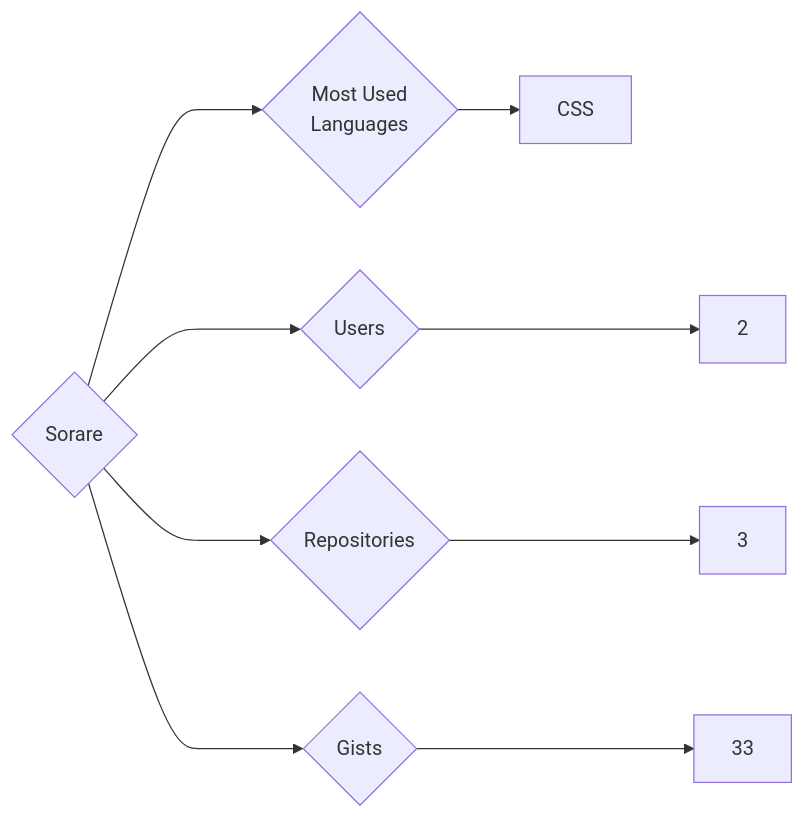
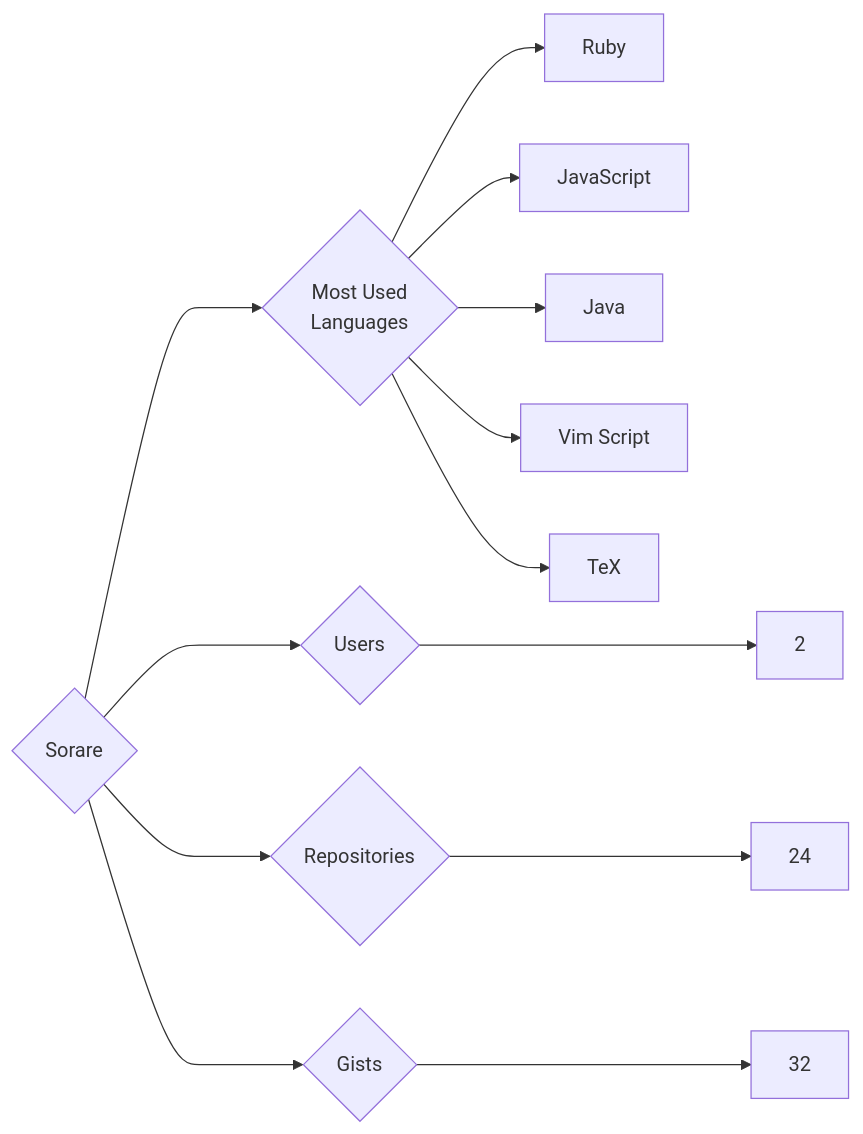
One commit to trickest/insiders changed the diagram in targets/Sorare/README.md. Above: the diagram before and after it, drawn with Mermaid. The commit also changed 796 other files, not shown here.

````diff
--- a/targets/Sorare/README.md
+++ b/targets/Sorare/README.md
@@ -3,9 +3,13 @@
 ```mermaid
 graph LR
 COMPANY_NAME{Sorare}
 COMPANY_NAME ---> U{Users} ---> UN[2]
-COMPANY_NAME ---> R{Repositories} ---> RN[3]
-COMPANY_NAME ---> G{Gists} ---> GN[33]
+COMPANY_NAME ---> R{Repositories} ---> RN[24]
+COMPANY_NAME ---> G{Gists} ---> GN[32]
 COMPANY_NAME ---> ML{Most Used<br>Languages}
-ML --> CSS[CSS]
+ML --> Ruby[Ruby]
+ML --> JavaScript[JavaScript]
+ML --> Java[Java]
+ML --> Vim_Script[Vim Script]
+ML --> TeX[TeX]
 ```
````
